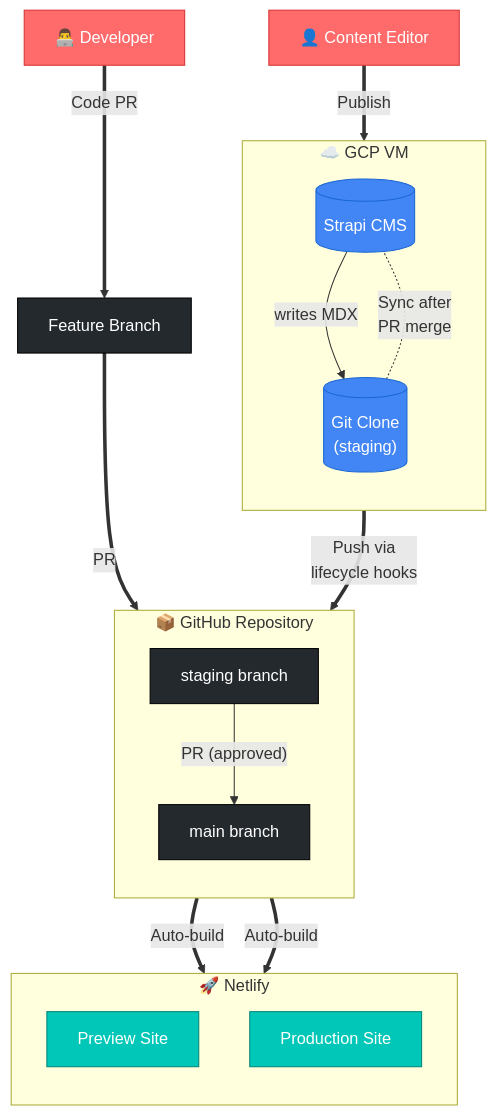
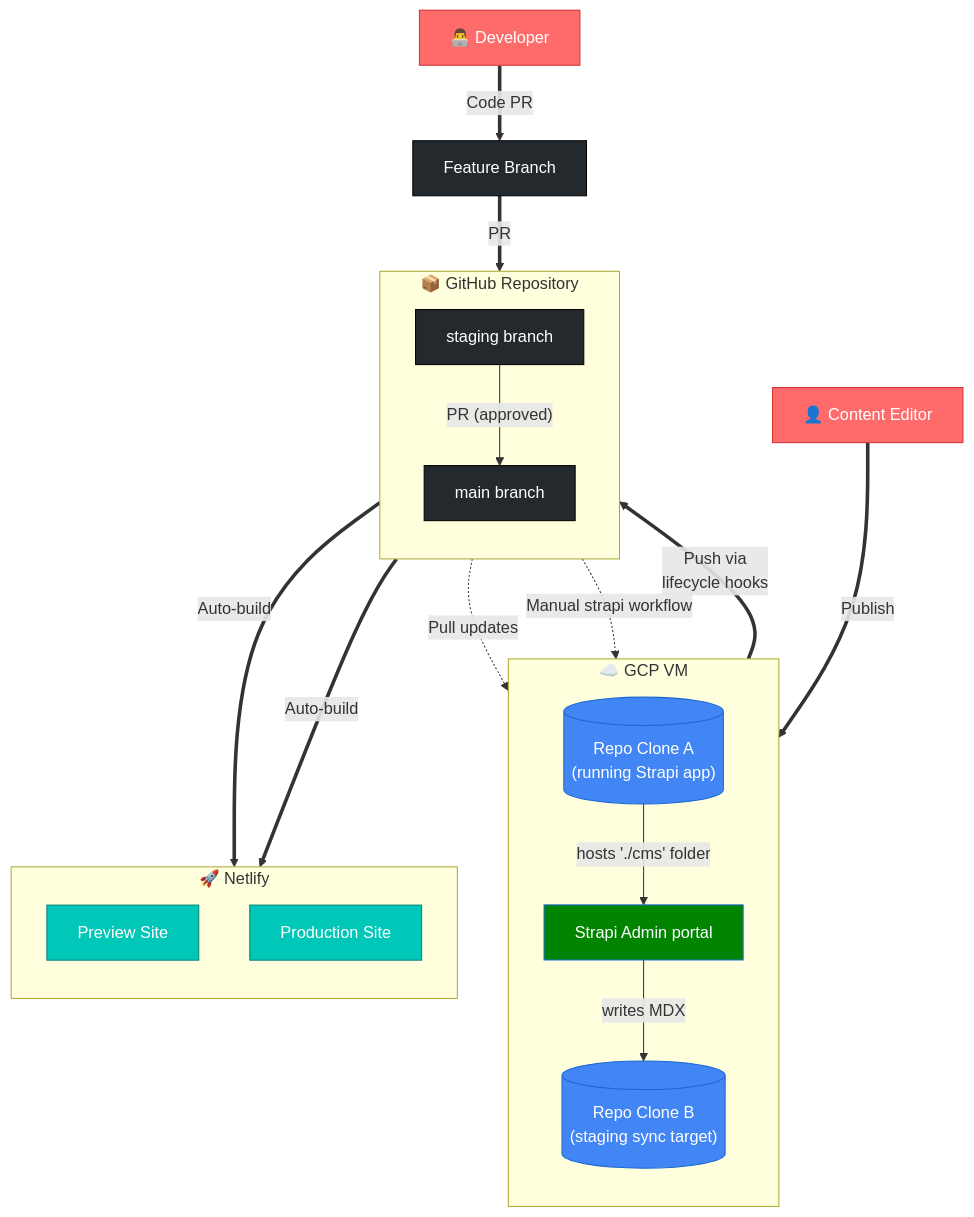
Before and after one commit to interledger/interledger.org-v5: the diagram in README.md, drawn with Mermaid. The commit also changed other lines of this file and 7 other files, not shown here.

First line of the commit message:
fix(cms): content must commit to separate clone on `staging` and not relative paths (#20)

````diff
--- a/README.md
+++ b/README.md
@@ -19,49 +20,55 @@
 ```mermaid
 flowchart
     subgraph gcp["☁️ GCP VM"]
         direction TB
-        strapi[(Strapi CMS)]
-        gitclone[("Git Clone<br/>(staging)")]
-        strapi -->|"writes MDX"| gitclone
+        appclone[("Repo Clone A<br/>(running Strapi app)")]
+        stagingclone[("Repo Clone B<br/>(staging sync target)")]
+        strapi[Strapi Admin portal]
+        appclone -->|"hosts './cms' folder"| strapi
+        strapi -->|"writes MDX"| stagingclone
     end
-    
+
     subgraph github["📦 GitHub Repository"]
         direction TB
         staging["staging branch"]
         main["main branch"]
     end
-    
+
     subgraph netlify["🚀 Netlify"]
         direction TB
         preview["Preview Site"]
         production["Production Site"]
     end
-    
+
+    github -.->|"Manual strapi workflow"| strapi
+
     editor["👤 Content Editor"]
     dev["👨‍💻 Developer"]
     feature["Feature Branch"]
-    
+
     editor ==>|"Publish"| strapi
     dev ==>|"Code PR"| feature
-    
-    gitclone ==>|"Push via<br/>lifecycle hooks"| staging
+
+    stagingclone ==>|"Push via<br/>lifecycle hooks"| staging
     feature ==>|"PR"| staging
-    
+
     staging ==>|"Auto-build"| preview
     staging -->|"PR (approved)"| main
-    
+
     main ==>|"Auto-build"| production
-    
-    gitclone -.-|"Sync after<br/>PR merge"| strapi
-    
+
+    staging -.->|"Pull updates"| appclone
+
     classDef gcpStyle fill:#4285f4,stroke:#1967d2,color:#fff
+    classDef portalStyle fill:#018501,stroke:#1967d2,color:#fff    
     classDef githubStyle fill:#24292e,stroke:#000,color:#fff
     classDef netlifyStyle fill:#00c7b7,stroke:#008577,color:#fff
     classDef userStyle fill:#ff6b6b,stroke:#d63031,color:#fff
     classDef branchStyle fill:#6c5ce7,stroke:#5f3dc4,color:#fff
-    
-    class strapi,gitclone gcpStyle
+
+    class strapi portalStyle
+    class appclone,stagingclone gcpStyle
     class staging,main,feature githubStyle
     class preview,production netlifyStyle
     class editor,dev userStyle
 ```
````
